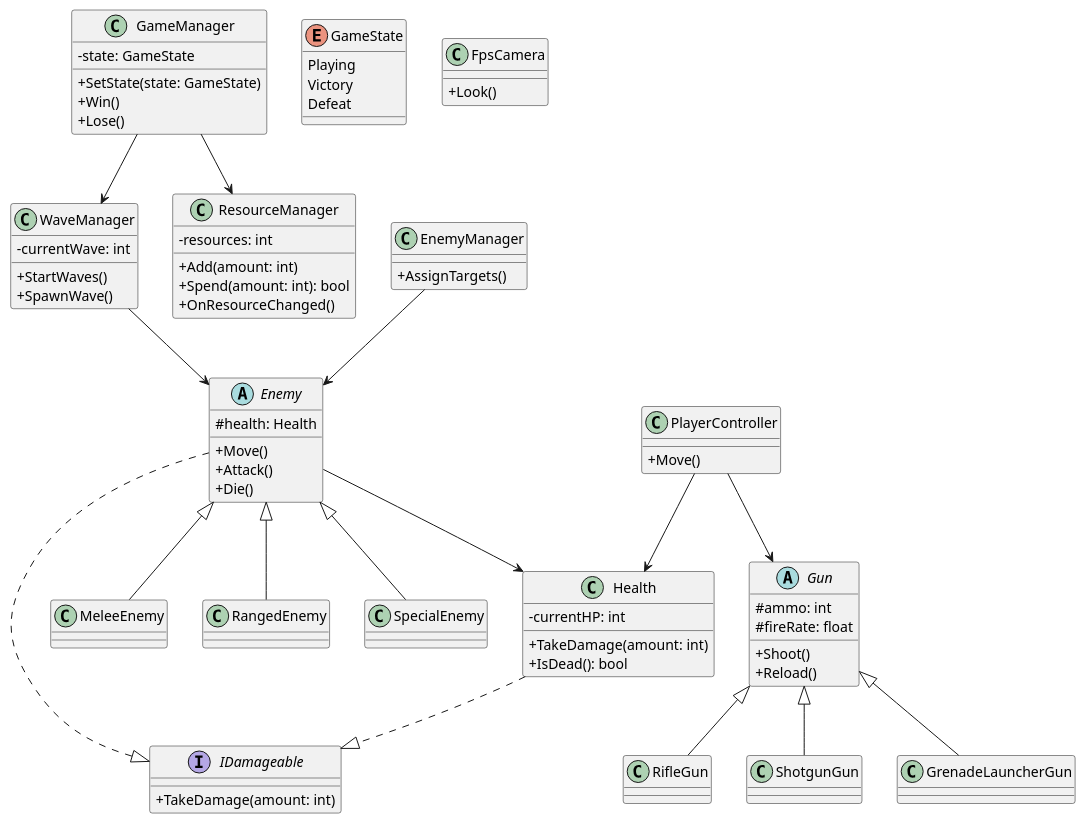
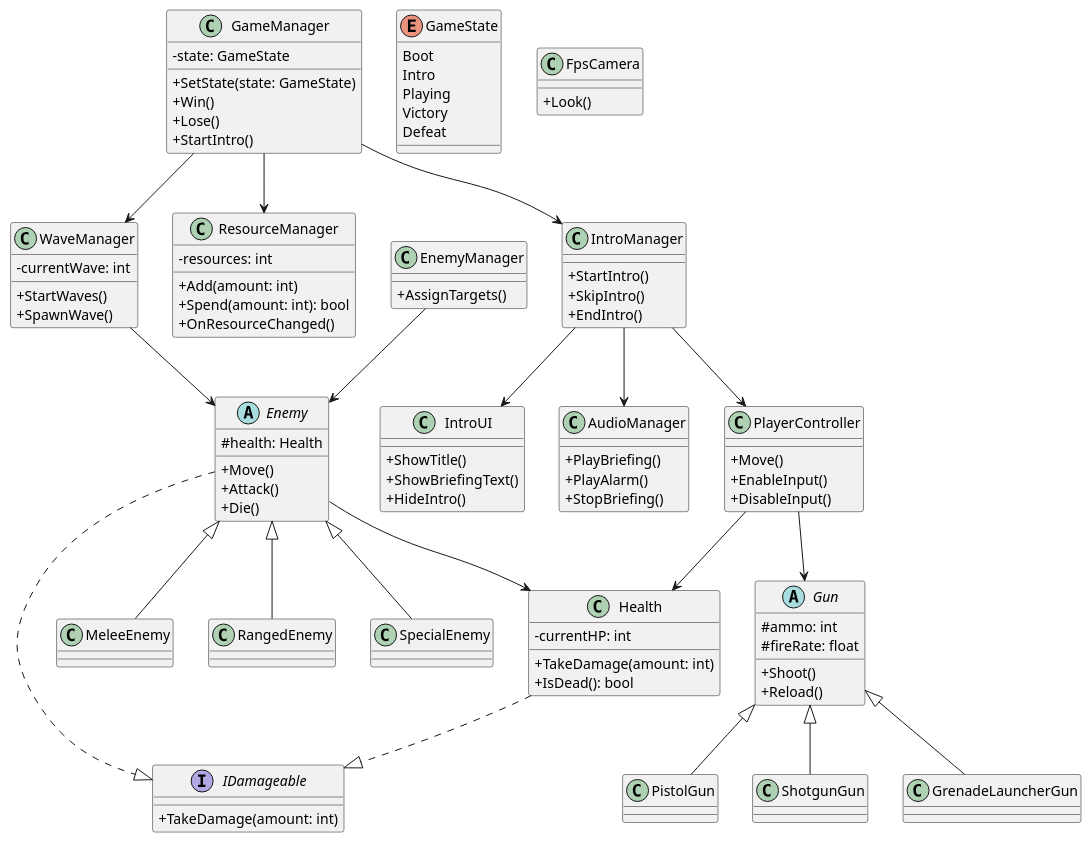
Before and after one commit to Balde01/LastOutpost: the diagram in docs/uml/class-diagram.puml, drawn with PlantUML. The commit also changed 6 other files, not shown here.

Commit message:
docs(intro): model intro flow with UML and narrative documentation

```diff
--- a/docs/uml/class-diagram.puml
+++ b/docs/uml/class-diagram.puml
@@ -1,113 +1,141 @@
 @startuml
 skinparam classAttributeIconSize 0
 
 '==================
 ' CORE SYSTEMS
 '==================
 
 class GameManager {
   - state: GameState
   + SetState(state: GameState)
   + Win()
   + Lose()
+  + StartIntro()
 }
 
 enum GameState {
+  Boot
+  Intro
   Playing
   Victory
   Defeat
 }
 
 class WaveManager {
   - currentWave: int
   + StartWaves()
   + SpawnWave()
 }
 
 class EnemyManager {
   + AssignTargets()
 }
 
 class ResourceManager {
   - resources: int
   + Add(amount: int)
   + Spend(amount: int): bool
   + OnResourceChanged()
 }
 
+class IntroManager {
+  + StartIntro()
+  + SkipIntro()
+  + EndIntro()
+}
+
+class IntroUI {
+  + ShowTitle()
+  + ShowBriefingText()
+  + HideIntro()
+}
+
+class AudioManager {
+  + PlayBriefing()
+  + PlayAlarm()
+  + StopBriefing()
+}
+
 '==================
 ' PLAYER
 '==================
 
 class PlayerController {
   + Move()
+  + EnableInput()
+  + DisableInput()
 }
 
 class FpsCamera {
   + Look()
 }
 
 class Health {
   - currentHP: int
   + TakeDamage(amount: int)
   + IsDead(): bool
 }
 
 interface IDamageable {
   + TakeDamage(amount: int)
 }
 
 '==================
 ' GUN SYSTEM
 '==================
 
 abstract class Gun {
   # ammo: int
   # fireRate: float
   + Shoot()
   + Reload()
 }
 
-class RifleGun
+class PistolGun
 class ShotgunGun
 class GrenadeLauncherGun
 
-Gun <|-- RifleGun
+Gun <|-- PistolGun
 Gun <|-- ShotgunGun
 Gun <|-- GrenadeLauncherGun
 
 '==================
 ' ENEMY SYSTEM
 '==================
 
 abstract class Enemy {
   # health: Health
   + Move()
   + Attack()
   + Die()
 }
 
 class MeleeEnemy
 class RangedEnemy
 class SpecialEnemy
 
 Enemy <|-- MeleeEnemy
 Enemy <|-- RangedEnemy
 Enemy <|-- SpecialEnemy
 
 Enemy ..|> IDamageable
 Health ..|> IDamageable
 
 '==================
 ' RELATIONS
 '==================
 
 GameManager --> WaveManager
 GameManager --> ResourceManager
+GameManager --> IntroManager
+IntroManager --> IntroUI
+IntroManager --> AudioManager
+IntroManager --> PlayerController
+
 WaveManager --> Enemy
 EnemyManager --> Enemy
 PlayerController --> Gun
 Enemy --> Health
 PlayerController --> Health
 
 @enduml
```
